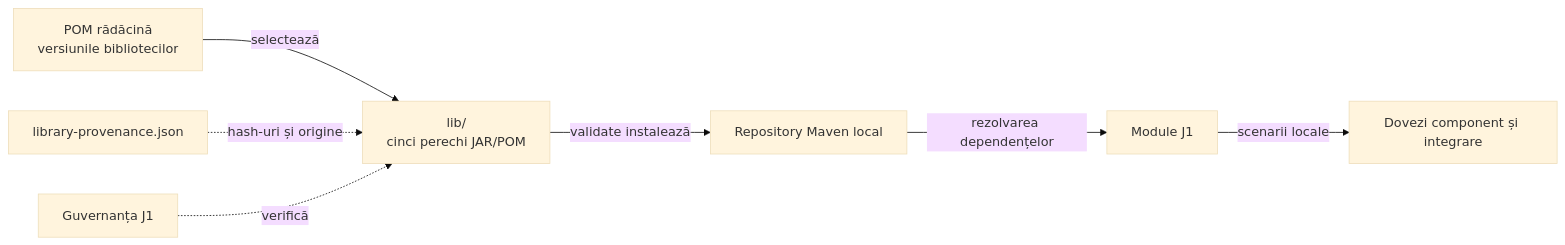
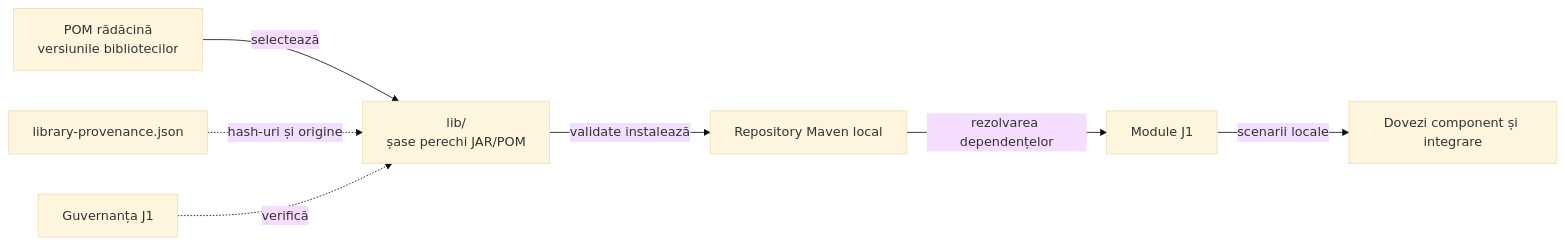
The diagram in docs/ATF_Platform_Libraries.md (crististefanita/atf_j1), drawn with Mermaid (base theme) before and after one commit. The commit also changed other lines of this file and 58 other files, not shown here.

```diff
--- a/docs/ATF_Platform_Libraries.md
+++ b/docs/ATF_Platform_Libraries.md
@@ -33,9 +34,9 @@
 ~~~mermaid
 flowchart LR
-    Coordinates["POM rădăcină<br/>versiunile bibliotecilor"] -->|selectează| Pair["lib/<br/>cinci perechi JAR/POM"]
+    Coordinates["POM rădăcină<br/>versiunile bibliotecilor"] -->|selectează| Pair["lib/<br/>șase perechi JAR/POM"]
     Pair -->|validate instalează| Maven["Repository Maven local"]
     Maven -->|rezolvarea dependențelor| Consumer["Module J1"]
     Consumer -->|scenarii locale| Acceptance["Dovezi component și integrare"]
     Provenance["library-provenance.json"] -. hash-uri și origine .-> Pair
     Governance["Guvernanța J1"] -. verifică .-> Pair
 ~~~
```
